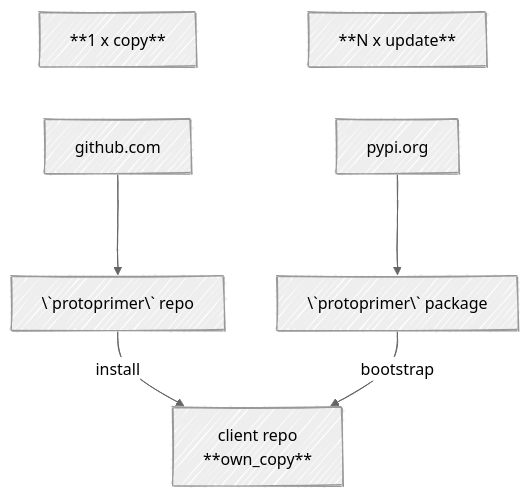
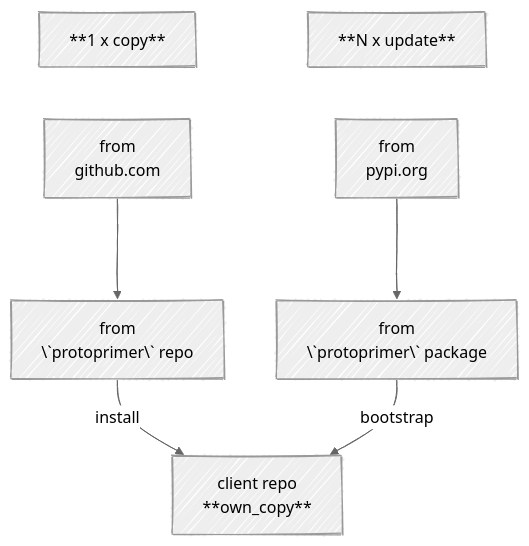
The second of 4 diagrams in readme.md (uvsmtid/protoprimer), drawn with Mermaid before and after one commit. The commit also changed other lines of this file and 13 other files, not shown here.

````diff
--- a/readme.md
+++ b/readme.md
@@ -264,26 +282,26 @@
 ```mermaid
 ---
 config:
   look: handDrawn
   theme: neutral
 ---
 graph TD;
 
     copy_link["**1 x copy**"]
-    github_web["github.com"]
-    protoprimer_repo["\`protoprimer\` repo"];
+    github_web["from<br>github.com"]
+    protoprimer_repo["from<br>\`protoprimer\` repo"];
 
     update_link["**N x update**"];
-    pypi_web["pypi.org"]
-    protoprimer_package["\`protoprimer\` package"];
+    pypi_web["from<br>pypi.org"]
+    protoprimer_package["from<br>\`protoprimer\` package"];
 
     client_repo["client repo<br>**own_copy**"];
 
     copy_link ~~~ github_web;
     github_web ---> protoprimer_repo;
     protoprimer_repo --install--> client_repo;
 
     update_link ~~~ pypi_web;
     pypi_web ---> protoprimer_package;
     protoprimer_package --bootstrap--> client_repo;
 ```
````
